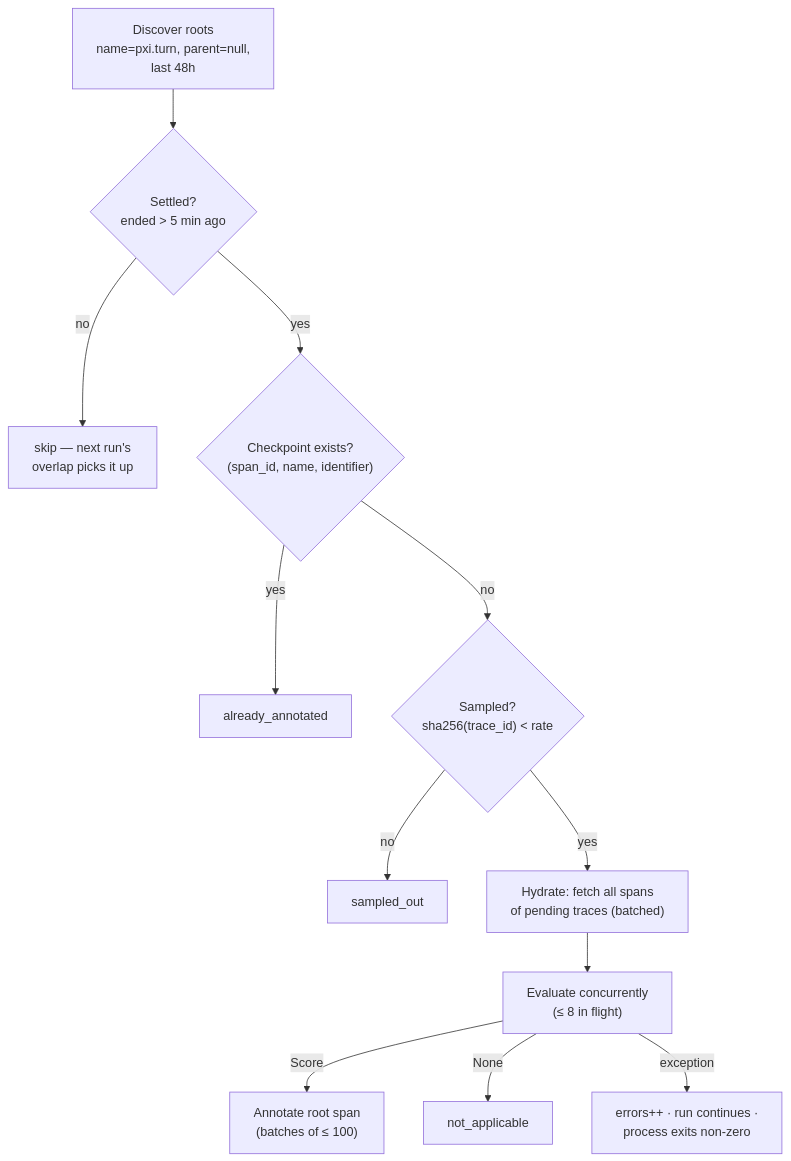
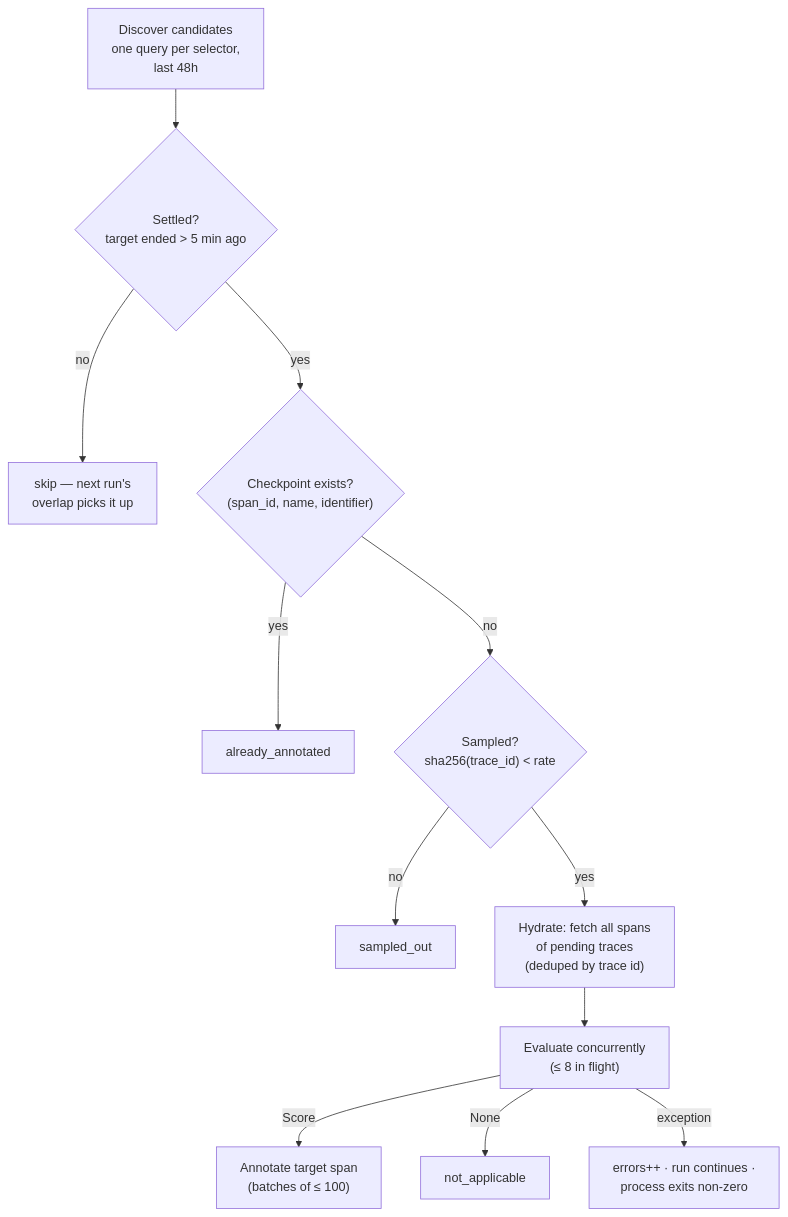
The first of 3 diagrams in evals/pxi/online_evals/OVERVIEW.md (Arize-ai/phoenix), drawn with Mermaid before and after one commit. The commit also changed other lines of this file and 1 other file, not shown here.

Commit message:
docs(evals): document suggestion_accepted target discovery and approval semantics

````diff
--- a/evals/pxi/online_evals/OVERVIEW.md
+++ b/evals/pxi/online_evals/OVERVIEW.md
@@ -11,14 +32,14 @@
 ```mermaid
 flowchart TD
-    A["Discover roots<br/>name=pxi.turn, parent=null,<br/>last 48h"] --> B{"Settled?<br/>ended &gt; 5 min ago"}
+    A["Discover candidates<br/>one query per selector,<br/>last 48h"] --> B{"Settled?<br/>target ended &gt; 5 min ago"}
     B -- no --> B2["skip — next run's<br/>overlap picks it up"]
     B -- yes --> C{"Checkpoint exists?<br/>(span_id, name, identifier)"}
     C -- yes --> C2["already_annotated"]
     C -- no --> D{"Sampled?<br/>sha256(trace_id) &lt; rate"}
     D -- no --> D2["sampled_out"]
-    D -- yes --> E["Hydrate: fetch all spans<br/>of pending traces (batched)"]
+    D -- yes --> E["Hydrate: fetch all spans<br/>of pending traces<br/>(deduped by trace id)"]
     E --> F["Evaluate concurrently<br/>(≤ 8 in flight)"]
-    F -- "Score" --> G["Annotate root span<br/>(batches of ≤ 100)"]
+    F -- "Score" --> G["Annotate target span<br/>(batches of ≤ 100)"]
     F -- "None" --> F2["not_applicable"]
     F -- "exception" --> F3["errors++ · run continues ·<br/>process exits non-zero"]
 ```
````
